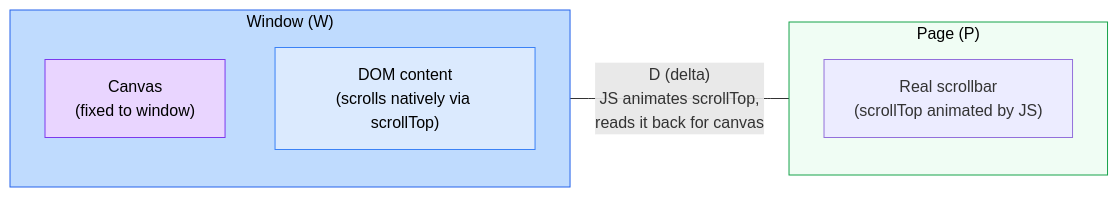
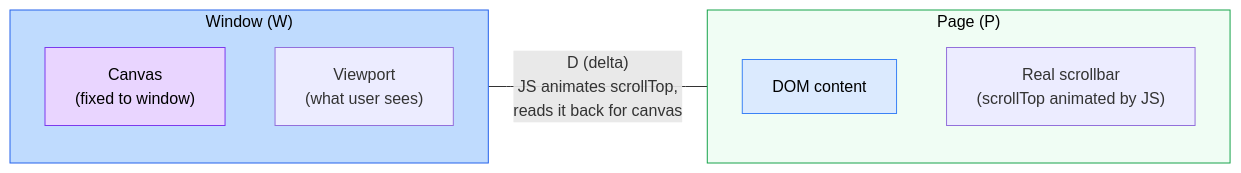
Before and after one commit to joyco-studio/registry: the fourth of 10 diagrams in content/logs/08-webgl-scroll-sync.mdx, drawn with Mermaid.

Commit message:
Fix Approach 1 diagram: move DOM content to Page space, add Viewport label
The Window (W) subgraph incorrectly contained "DOM content (scrolls natively
via scrollTop)" — DOM content lives in page space, not window space. Moved it
to the Page (P) subgraph and added a "Viewport (what user sees)" label to
Window (W), consistent with the Approach 2 diagram.

https://claude.ai/code/session_01GMv1HzpSB9K6osphGUeMbL

````diff
--- a/content/logs/08-webgl-scroll-sync.mdx
+++ b/content/logs/08-webgl-scroll-sync.mdx
@@ -143,20 +143,21 @@
 ```mermaid
 flowchart LR
     subgraph viewport ["Window (W)"]
         direction TB
         CANVAS["Canvas<br/>(fixed to window)"]
-        CONTENT["DOM content<br/>(scrolls natively via scrollTop)"]
+        VIEW["Viewport<br/>(what user sees)"]
     end
 
     subgraph page ["Page (P)"]
         direction TB
+        CONTENT["DOM content"]
         SCROLL["Real scrollbar<br/>(scrollTop animated by JS)"]
     end
 
     viewport ---|"D (delta)<br/>JS animates scrollTop,<br/>reads it back for canvas"| page
 
     style viewport fill:#bfdbfe,stroke:#2563eb,color:#000
     style page fill:#f0fdf4,stroke:#16a34a,color:#000
     style CANVAS fill:#e9d5ff,stroke:#7c3aed,color:#000
     style CONTENT fill:#dbeafe,stroke:#3b82f6,color:#000
 ```
````
